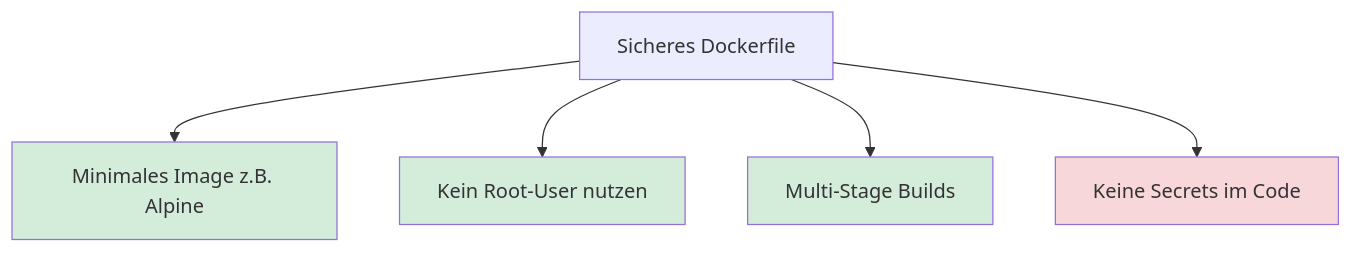
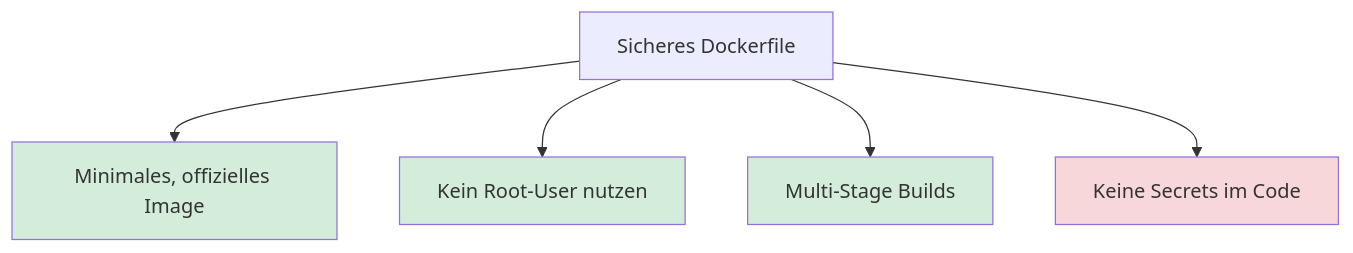
Before and after one commit to herrhodel/modul-169-website: the third of 3 diagrams in slides/docker-swarm-mode.md, drawn with Mermaid. The commit also changed other lines of this file and 6 other files, not shown here.

````diff
--- a/slides/docker-swarm-mode.md
+++ b/slides/docker-swarm-mode.md
@@ -226,12 +219,12 @@
 ```mermaid
 graph TD
-    A[Sicheres Dockerfile] --> B[Minimales Image z.B. Alpine]
+    A[Sicheres Dockerfile] --> B[Minimales, offizielles Image]
     A --> C[Kein Root-User nutzen]
     A --> D[Multi-Stage Builds]
     A --> E[Keine Secrets im Code]
 
     style B fill:#d4edda
     style C fill:#d4edda
     style D fill:#d4edda
     style E fill:#f8d7da
 ```
````
